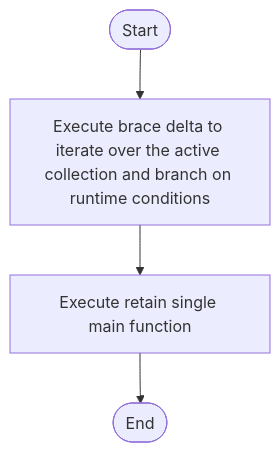
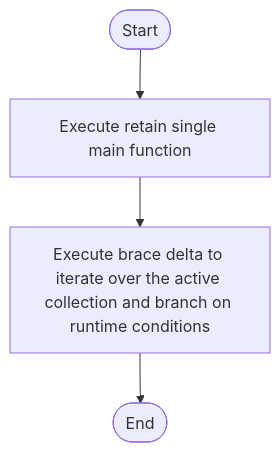
One commit to JohnAndrewBalbarosa/NeoTerritory changed the diagram in docs/Codebase/Microservice/Modules/Source/Creational/Transform/creational_transform_evidence_main_retention.cpp.md. Above: the diagram before and after it, drawn with Mermaid. The commit also changed 148 other files, not shown here.

````diff
--- a/docs/Codebase/Microservice/Modules/Source/Creational/Transform/creational_transform_evidence_main_retention.cpp.md
+++ b/docs/Codebase/Microservice/Modules/Source/Creational/Transform/creational_transform_evidence_main_retention.cpp.md
@@ -25,10 +25,10 @@
 ```mermaid
 flowchart TD
     Start([Start])
-    N0[Execute brace delta to iterate over the active collection and branch on runtime conditions]
-    N1[Execute retain single main function]
+    N0[Execute retain single main function]
+    N1[Execute brace delta to iterate over the active collection and branch on runtime conditions]
     End([End])
     Start --> N0
     N0 --> N1
     N1 --> End
 ```
````
